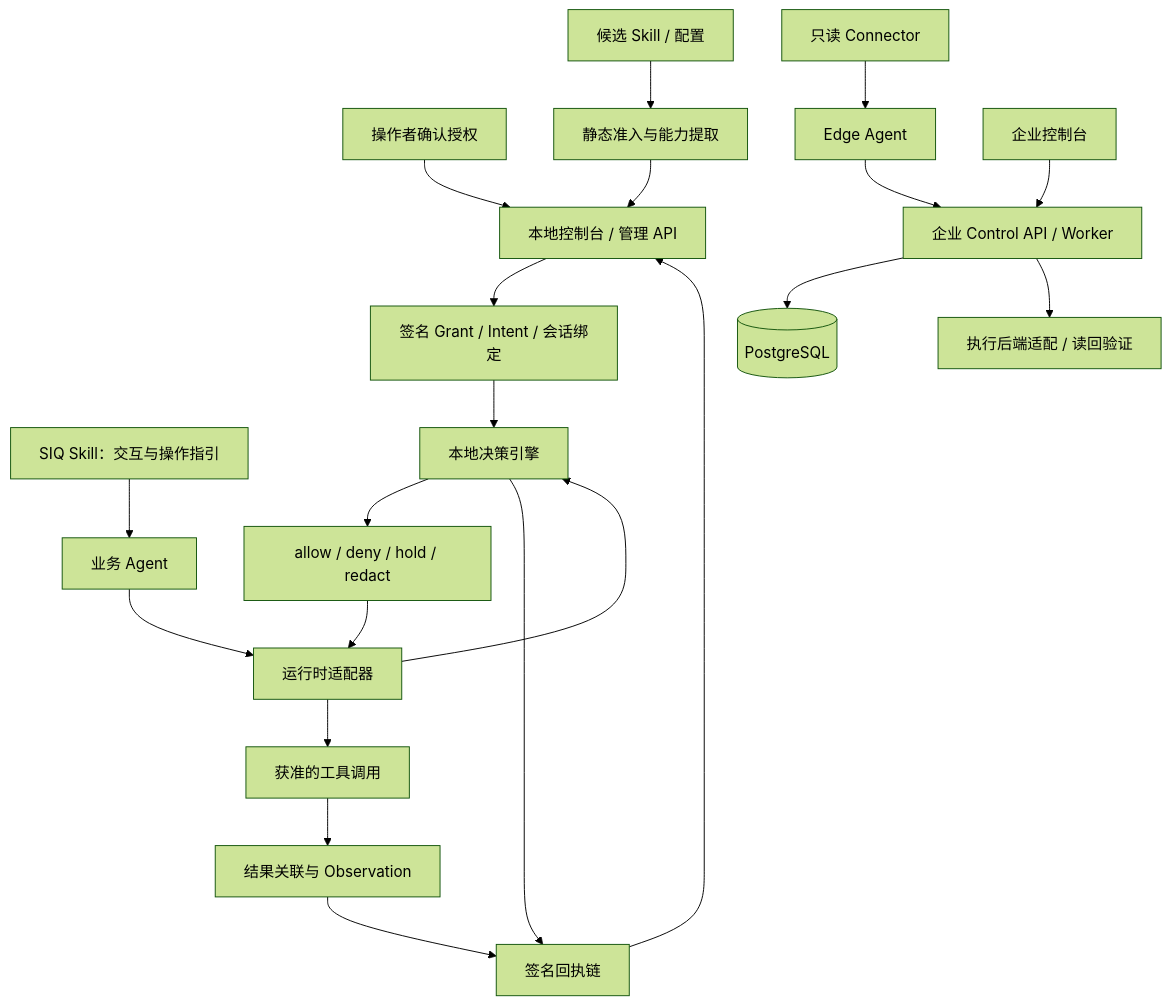
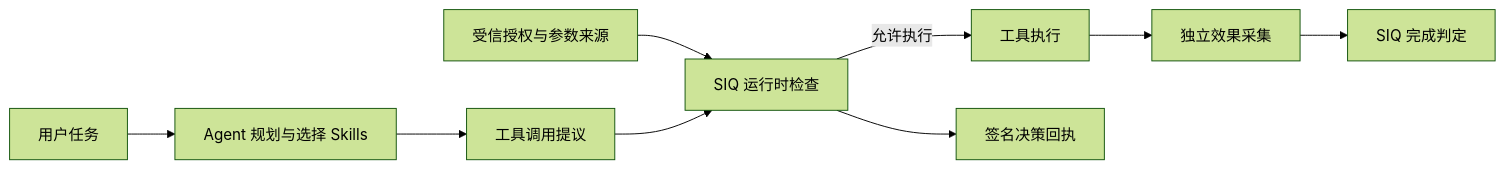
The diagram in README.md (maoyadongsh/siq-agent-security), drawn with Mermaid (forest theme) before and after one commit. The commit also changed other lines of this file and 2 other files, not shown here.

````diff
--- a/README.md
+++ b/README.md
@@ -69,24 +30,11 @@
 ```mermaid
-flowchart TB
-    Human[操作者确认授权] --> Console[本地控制台 / 管理 API]
-    Skill[SIQ Skill：交互与操作指引] --> Agent[业务 Agent]
-    Candidate[候选 Skill / 配置] --> Admission[静态准入与能力提取]
-    Admission --> Console
-    Console --> Authority[签名 Grant / Intent / 会话绑定]
-    Agent --> Adapter[运行时适配器]
-    Adapter --> Gate[本地决策引擎]
-    Authority --> Gate
-    Gate --> Decision[allow / deny / hold / redact]
-    Decision --> Adapter
-    Adapter --> Tool[获准的工具调用]
-    Tool --> Observe[结果关联与 Observation]
-    Gate --> Receipts[签名回执链]
-    Observe --> Receipts
-    Receipts --> Console
-
-    Connectors[只读 Connector] --> Edge[Edge Agent]
-    Edge --> Control[企业 Control API / Worker]
-    EnterpriseUI[企业控制台] --> Control
-    Control --> DB[(PostgreSQL)]
-    Control --> Backend[执行后端适配 / 读回验证]
+flowchart LR
+    Task[用户任务] --> Agent[Agent 规划与选择 Skills]
+    Agent --> Proposal[工具调用提议]
+    Authority[受信授权与参数来源] --> Runtime[SIQ 运行时检查]
+    Proposal --> Runtime
+    Runtime -->|允许执行| Tool[工具执行]
+    Runtime --> Receipts[签名决策回执]
+    Tool --> Observer[独立效果采集]
+    Observer --> Completion[SIQ 完成判定]
 ```
````
